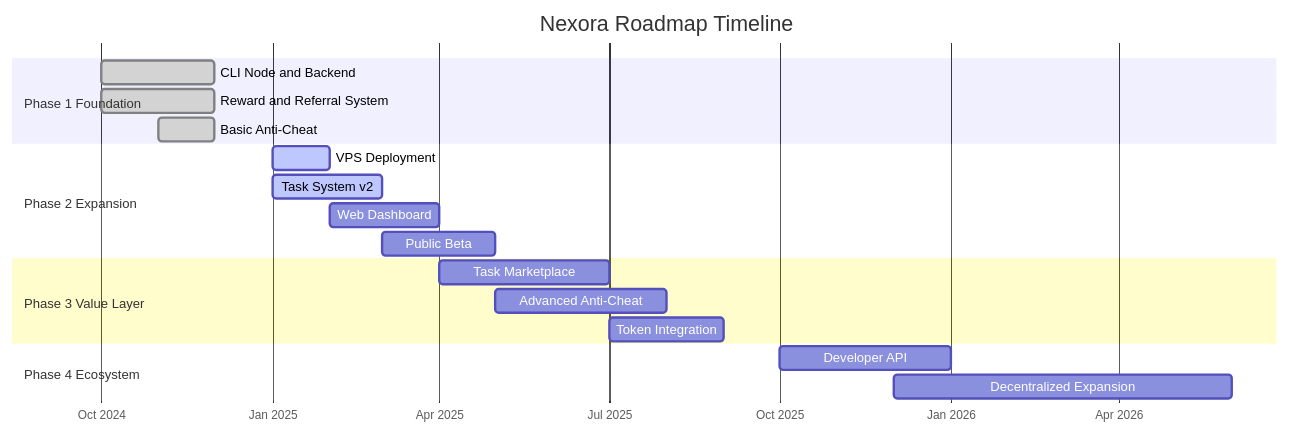
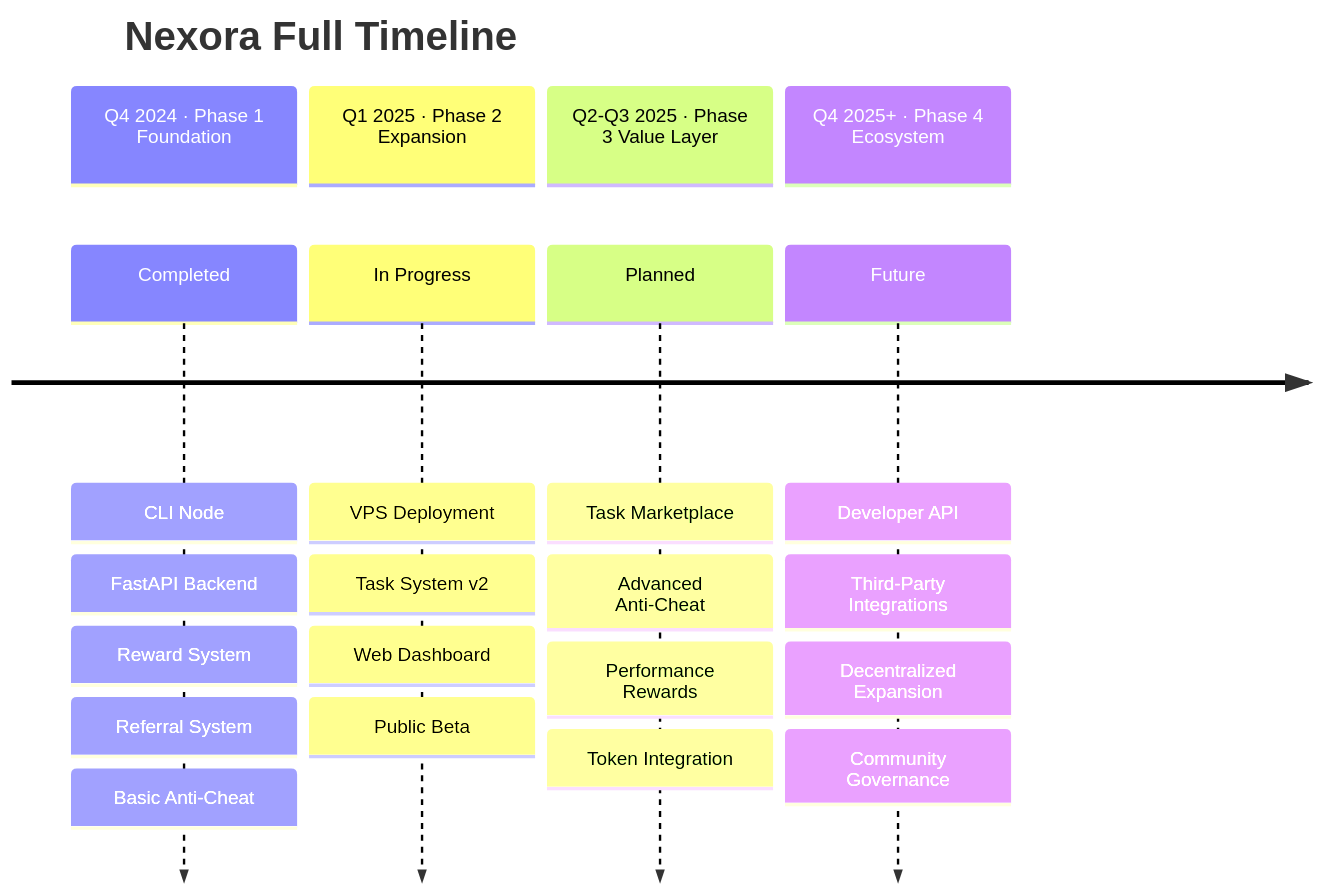
Before and after one commit to Nexora-Node/Docs: the sixth of 6 diagrams in roadmap.md, drawn with Mermaid.

Commit message:
docs: replace gantt with timeline for Full Timeline at a Glance

````diff
--- a/roadmap.md
+++ b/roadmap.md
@@ -169,26 +169,25 @@
 ```mermaid
-gantt
-    title Nexora Roadmap Timeline
-    dateFormat YYYY-MM
-    axisFormat %b %Y
-
-    section Phase 1 Foundation
-    CLI Node and Backend         :done,    p1a, 2024-10, 2024-12
-    Reward and Referral System   :done,    p1b, 2024-10, 2024-12
-    Basic Anti-Cheat             :done,    p1c, 2024-11, 2024-12
-
-    section Phase 2 Expansion
-    VPS Deployment               :active,  p2a, 2025-01, 2025-02
-    Task System v2               :active,  p2b, 2025-01, 2025-03
-    Web Dashboard                :         p2c, 2025-02, 2025-04
-    Public Beta                  :         p2d, 2025-03, 2025-05
-
-    section Phase 3 Value Layer
-    Task Marketplace             :         p3a, 2025-04, 2025-07
-    Advanced Anti-Cheat          :         p3b, 2025-05, 2025-08
-    Token Integration            :         p3c, 2025-07, 2025-09
-
-    section Phase 4 Ecosystem
-    Developer API                :         p4a, 2025-10, 2026-01
-    Decentralized Expansion      :         p4b, 2025-12, 2026-06
+timeline
+    title Nexora Full Timeline
+    section Q4 2024 · Phase 1 Foundation
+        Completed : CLI Node
+                  : FastAPI Backend
+                  : Reward System
+                  : Referral System
+                  : Basic Anti-Cheat
+    section Q1 2025 · Phase 2 Expansion
+        In Progress : VPS Deployment
+                    : Task System v2
+                    : Web Dashboard
+                    : Public Beta
+    section Q2-Q3 2025 · Phase 3 Value Layer
+        Planned : Task Marketplace
+                : Advanced Anti-Cheat
+                : Performance Rewards
+                : Token Integration
+    section Q4 2025+ · Phase 4 Ecosystem
+        Future : Developer API
+               : Third-Party Integrations
+               : Decentralized Expansion
+               : Community Governance
 ```
````
